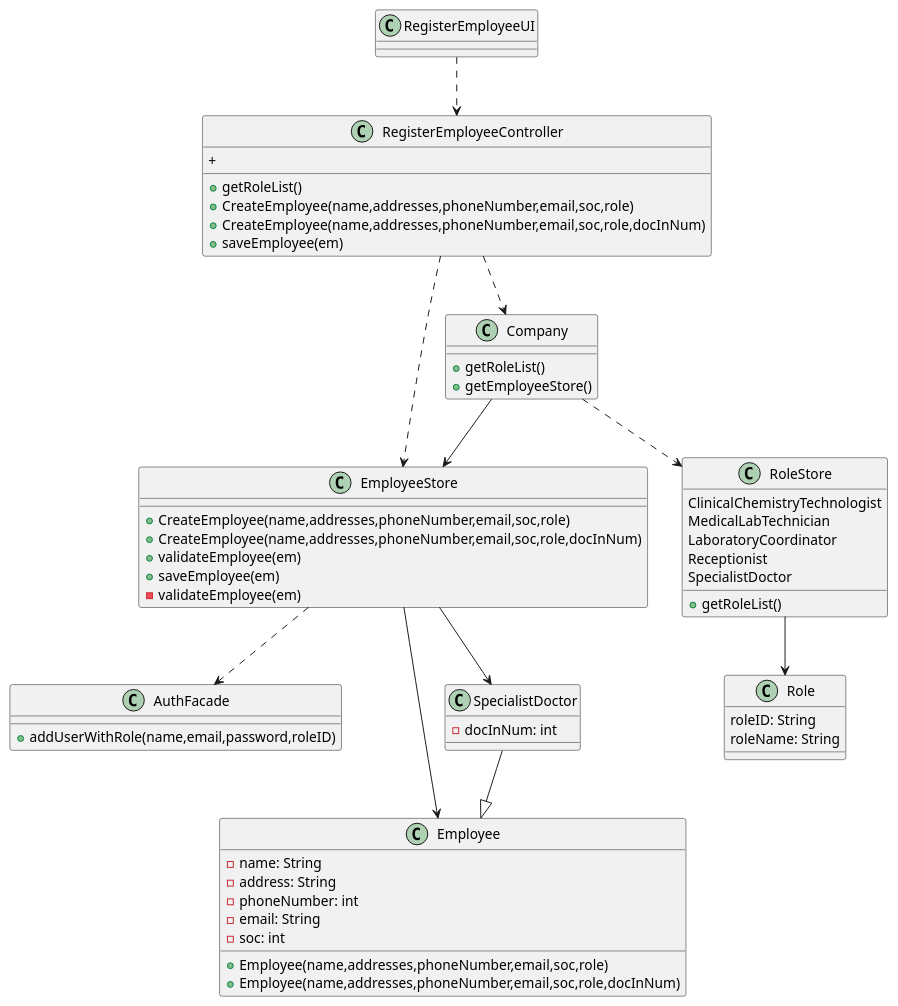
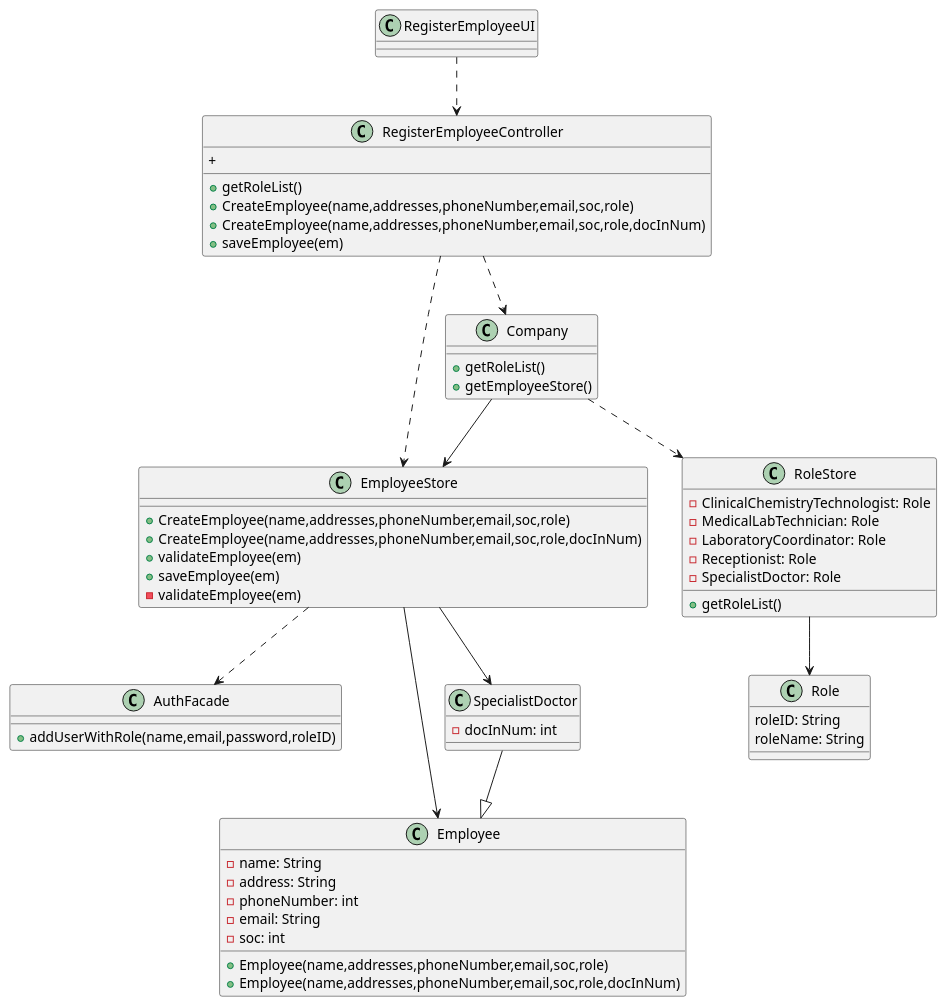
One commit to MarianaCLages/LAPR2 changed the diagram in docs/SprintB/US7/US07_CD.puml. Above: the diagram before and after it, drawn with PlantUML. The commit also changed 3 other files, not shown here.

```diff
--- a/docs/SprintB/US7/US07_CD.puml
+++ b/docs/SprintB/US7/US07_CD.puml
@@ -1,71 +1,71 @@
 @startuml
 'https://plantuml.com/class-diagram
 
 class RegisterEmployeeUI{
 }
 
 class RegisterEmployeeController{
 +getRoleList()
 +CreateEmployee(name,addresses,phoneNumber,email,soc,role)
 +CreateEmployee(name,addresses,phoneNumber,email,soc,role,docInNum)
 +saveEmployee(em)
 +
 }
 
 class AuthFacade{
 +addUserWithRole(name,email,password,roleID)
 }
 
 class Company{
 +getRoleList()
 +getEmployeeStore()
 }
 
 class EmployeeStore{
 +CreateEmployee(name,addresses,phoneNumber,email,soc,role)
 +CreateEmployee(name,addresses,phoneNumber,email,soc,role,docInNum)
 +validateEmployee(em)
 +saveEmployee(em)
 -validateEmployee(em)
 }
 
 class Employee{
 -name: String
 -address: String
 -phoneNumber: int
 -email: String
 -soc: int
 +Employee(name,addresses,phoneNumber,email,soc,role)
 +Employee(name,addresses,phoneNumber,email,soc,role,docInNum)
 }
 
 class RoleStore{
-ClinicalChemistryTechnologist
-MedicalLabTechnician
-LaboratoryCoordinator
-Receptionist
-SpecialistDoctor
+-ClinicalChemistryTechnologist: Role
+-MedicalLabTechnician: Role
+-LaboratoryCoordinator: Role
+-Receptionist: Role
+-SpecialistDoctor: Role
 +getRoleList()
 }
 
 class SpecialistDoctor{
 -docInNum: int
 }
 class Role{
 roleID: String
 roleName: String
 }
 EmployeeStore --> SpecialistDoctor
 RegisterEmployeeController ..> EmployeeStore
 RegisterEmployeeUI ..> RegisterEmployeeController
 RegisterEmployeeController ..> Company
 Company ..> RoleStore
 EmployeeStore ..> AuthFacade
 Company --> EmployeeStore
 EmployeeStore --> Employee
 SpecialistDoctor --|> Employee
 RoleStore --> Role
 
 
 
 @enduml
```
